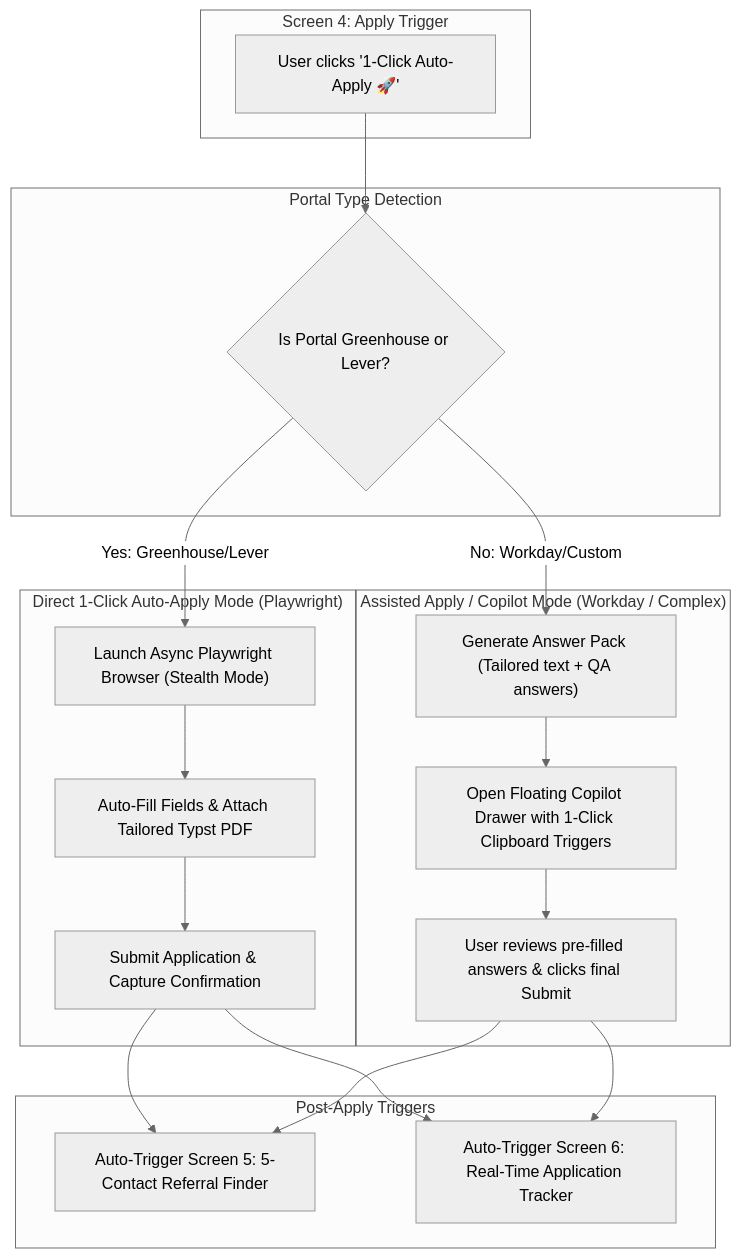
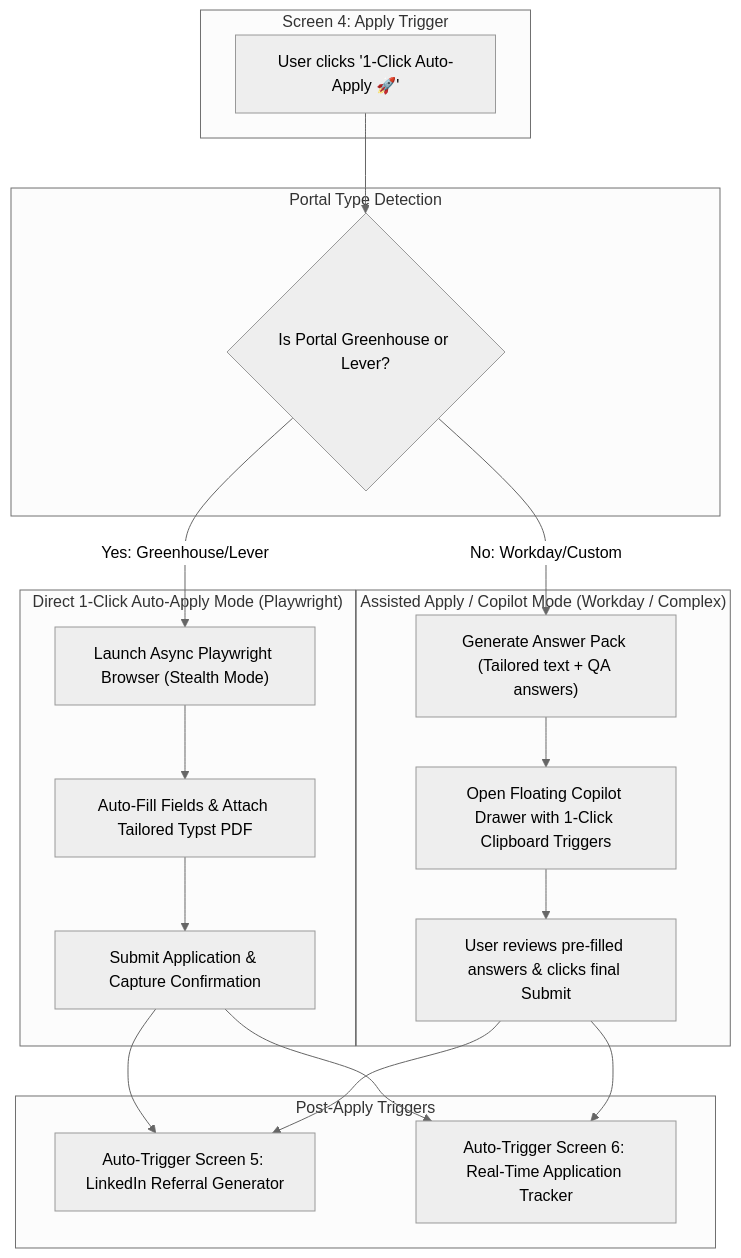
Before and after one commit to creed-online/getaJob.ai: the fifth of 7 diagrams in Docs/IMPLEMENTATION_PLAN.md, drawn with Mermaid (neutral theme). The commit also changed other lines of this file and 5 other files, not shown here.

Commit message:
feat: scaffold production codebase structure and finalize v2 architecture docs

````diff
--- a/Docs/IMPLEMENTATION_PLAN.md
+++ b/Docs/IMPLEMENTATION_PLAN.md
@@ -305,33 +307,33 @@
 ```mermaid
 flowchart TD
     subgraph Trigger ["Screen 4: Apply Trigger"]
         Start["User clicks '1-Click Auto-Apply 🚀'"]
     end
 
     subgraph PortalDetection ["Portal Type Detection"]
         Detect{"Is Portal Greenhouse or Lever?"}
     end
 
     subgraph DirectAutoApply ["Direct 1-Click Auto-Apply Mode (Playwright)"]
         Launch["Launch Async Playwright Browser (Stealth Mode)"]
         AutoFill["Auto-Fill Fields & Attach Tailored Typst PDF"]
         SubmitDirect["Submit Application & Capture Confirmation"]
     end
 
     subgraph AssistedCopilot ["Assisted Apply / Copilot Mode (Workday / Complex)"]
         GenPack["Generate Answer Pack (Tailored text + QA answers)"]
         DrawerUI["Open Floating Copilot Drawer with 1-Click Clipboard Triggers"]
         ManualConfirm["User reviews pre-filled answers & clicks final Submit"]
     end
 
     subgraph SequentialTriggers ["Post-Apply Triggers"]
-        TriggerStep6["Auto-Trigger Screen 5: 5-Contact Referral Finder"]
+        TriggerStep6["Auto-Trigger Screen 5: LinkedIn Referral Generator"]
         TriggerStep7["Auto-Trigger Screen 6: Real-Time Application Tracker"]
     end
 
     Start --> Detect
     Detect -->|Yes: Greenhouse/Lever| Launch --> AutoFill --> SubmitDirect --> TriggerStep6
     Detect -->|No: Workday/Custom| GenPack --> DrawerUI --> ManualConfirm --> TriggerStep6
     SubmitDirect --> TriggerStep7
     ManualConfirm --> TriggerStep7
 ```
````
